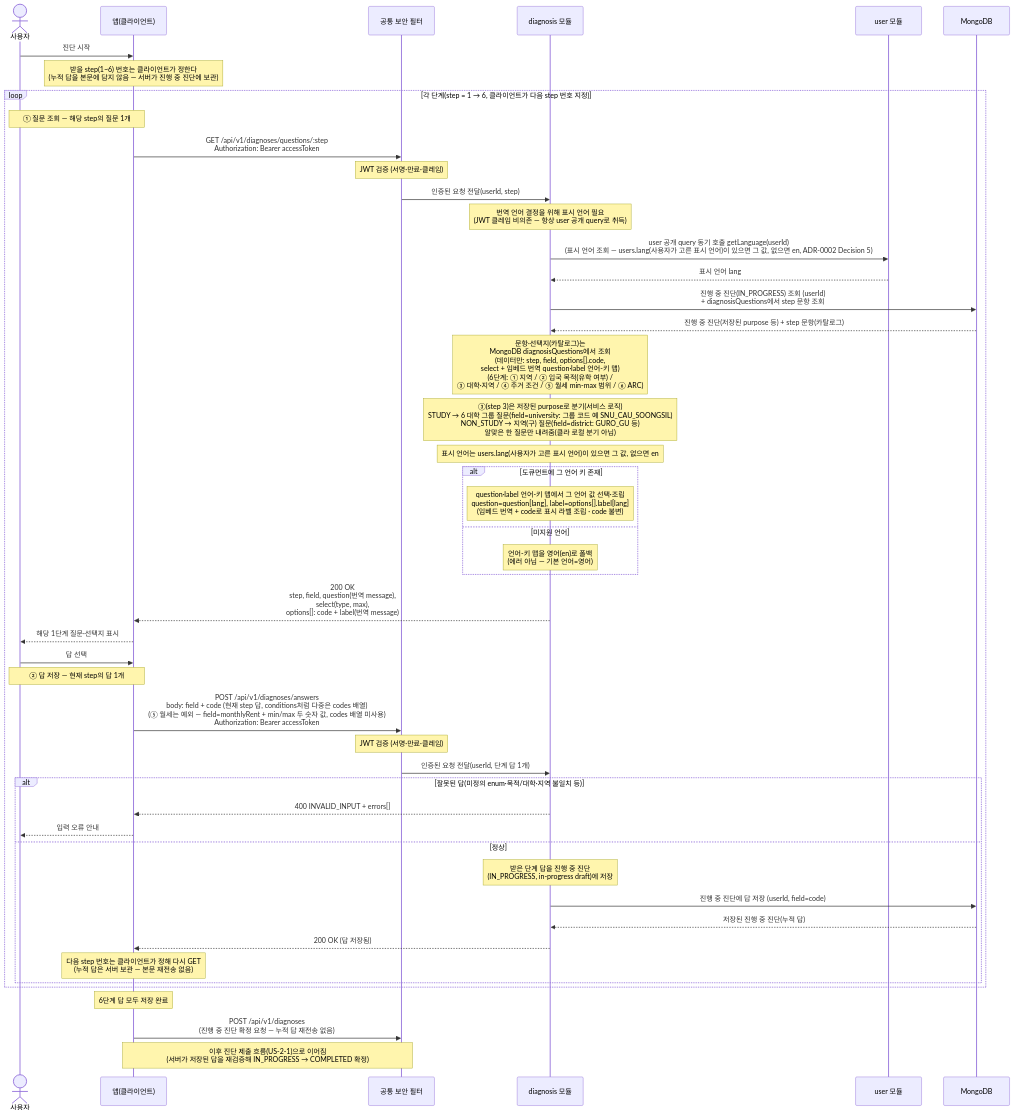
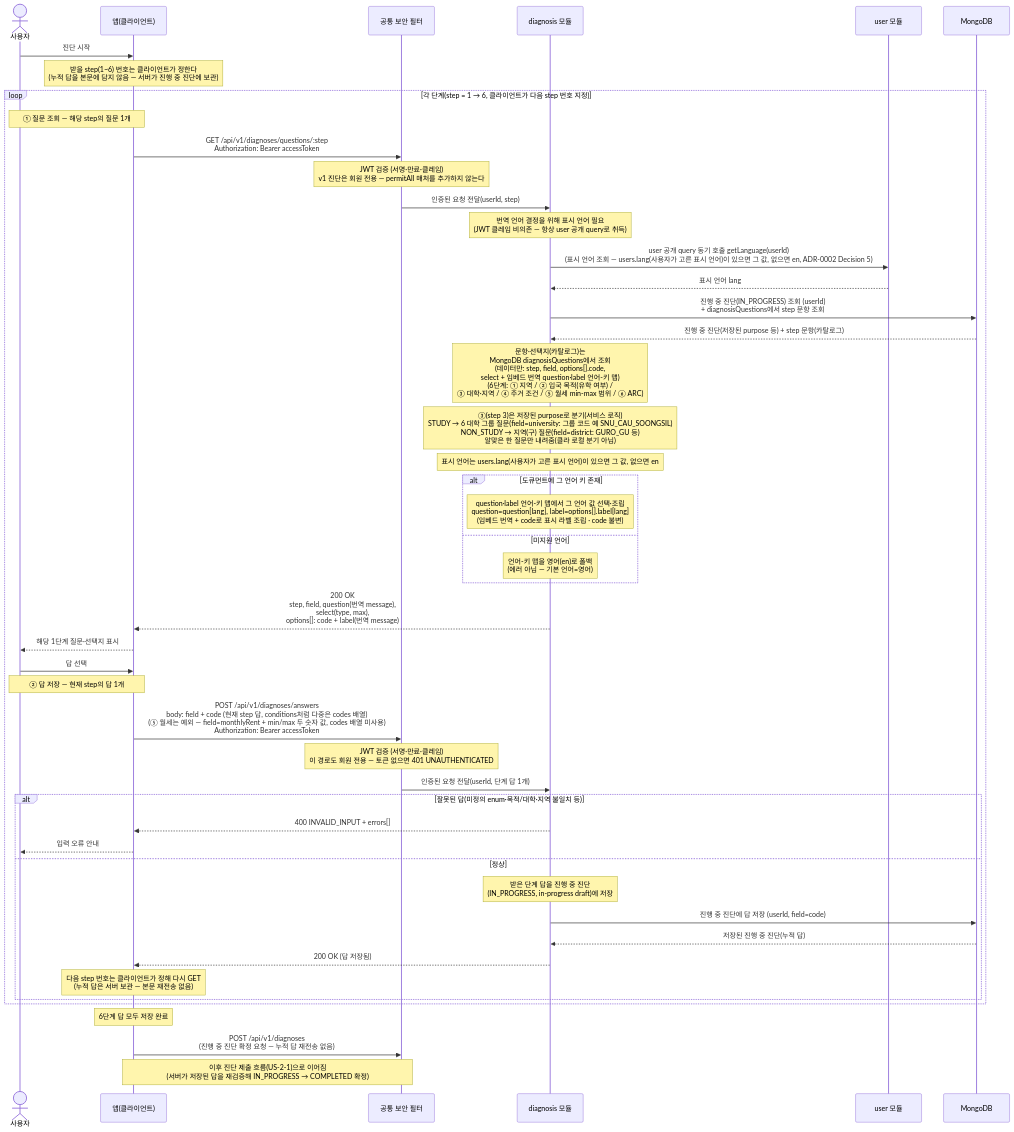
One commit to jameskim9509/Kohere-backend changed the diagram in docs/architecture/sequence-diagrams/02-diagnosis-recommendation/us-2-5-2-6-diagnosis-questions.md. Above: the diagram before and after it, drawn with Mermaid. The commit also changed other lines of this file and 22 other files, not shown here.

````diff
--- a/docs/architecture/sequence-diagrams/02-diagnosis-recommendation/us-2-5-2-6-diagnosis-questions.md
+++ b/docs/architecture/sequence-diagrams/02-diagnosis-recommendation/us-2-5-2-6-diagnosis-questions.md
@@ -5,54 +5,54 @@
 ```mermaid
 sequenceDiagram
     actor U as 사용자
     participant C as 앱(클라이언트)
     participant SEC as 공통 보안 필터
     participant DIAG as diagnosis 모듈
     participant USER as user 모듈
     participant DB as MongoDB
 
     U->>C: 진단 시작
     Note over C: 받을 step(1~6) 번호는 클라이언트가 정한다<br/>(누적 답을 본문에 담지 않음 — 서버가 진행 중 진단에 보관)
 
     loop 각 단계(step = 1 → 6, 클라이언트가 다음 step 번호 지정)
         Note over U,C: ① 질문 조회 — 해당 step의 질문 1개
         C->>SEC: GET /api/v1/diagnoses/questions/:step<br/>Authorization: Bearer accessToken
-        Note over SEC: JWT 검증 (서명·만료·클레임)
+        Note over SEC: JWT 검증 (서명·만료·클레임)<br/>v1 진단은 회원 전용 — permitAll 매처를 추가하지 않는다
         SEC->>DIAG: 인증된 요청 전달(userId, step)
         Note over DIAG: 번역 언어 결정을 위해 표시 언어 필요<br/>(JWT 클레임 비의존 — 항상 user 공개 query로 취득)
         DIAG->>USER: user 공개 query 동기 호출 getLanguage(userId)<br/>(표시 언어 조회 — users.lang(사용자가 고른 표시 언어)이 있으면 그 값, 없으면 en, ADR-0002 Decision 5)
         USER-->>DIAG: 표시 언어 lang
         DIAG->>DB: 진행 중 진단(IN_PROGRESS) 조회 (userId)<br/>+ diagnosisQuestions에서 step 문항 조회
         DB-->>DIAG: 진행 중 진단(저장된 purpose 등) + step 문항(카탈로그)
         Note over DIAG: 문항·선택지(카탈로그)는<br/>MongoDB diagnosisQuestions에서 조회<br/>(데이터만: step, field, options[].code,<br/>select + 임베드 번역 question·label 언어-키 맵)<br/>(6단계: ① 지역 / ② 입국 목적(유학 여부) /<br/>③ 대학·지역 / ④ 주거 조건 / ⑤ 월세 min-max 범위 / ⑥ ARC)
         Note over DIAG: ③(step 3)은 저장된 purpose로 분기(서비스 로직)<br/>STUDY → 6 대학 그룹 질문(field=university: 그룹 코드 예 SNU_CAU_SOONGSIL)<br/>NON_STUDY → 지역(구) 질문(field=district: GURO_GU 등)<br/>알맞은 한 질문만 내려줌(클라 로컬 분기 아님)
         Note over DIAG: 표시 언어는 users.lang(사용자가 고른 표시 언어)이 있으면 그 값, 없으면 en
         alt 도큐먼트에 그 언어 키 존재
             Note over DIAG: question·label 언어-키 맵에서 그 언어 값 선택·조립<br/>question=question[lang], label=options[].label[lang]<br/>(임베드 번역 + code로 표시 라벨 조립 · code 불변)
         else 미지원 언어
             Note over DIAG: 언어-키 맵을 영어(en)로 폴백<br/>(에러 아님 — 기본 언어=영어)
         end
         DIAG-->>C: 200 OK<br/>step, field, question(번역 message),<br/>select(type, max),<br/>options[]: code + label(번역 message)
         C-->>U: 해당 1단계 질문·선택지 표시
         U->>C: 답 선택
 
         Note over U,C: ② 답 저장 — 현재 step의 답 1개
         C->>SEC: POST /api/v1/diagnoses/answers<br/>body: field + code (현재 step 답, conditions처럼 다중은 codes 배열)<br/>(⑤ 월세는 예외 — field=monthlyRent + min/max 두 숫자 값, codes 배열 미사용)<br/>Authorization: Bearer accessToken
-        Note over SEC: JWT 검증 (서명·만료·클레임)
+        Note over SEC: JWT 검증 (서명·만료·클레임)<br/>이 경로도 회원 전용 — 토큰 없으면 401 UNAUTHENTICATED
         SEC->>DIAG: 인증된 요청 전달(userId, 단계 답 1개)
         alt 잘못된 답(미정의 enum·목적/대학·지역 불일치 등)
             DIAG-->>C: 400 INVALID_INPUT + errors[]
             C-->>U: 입력 오류 안내
         else 정상
             Note over DIAG: 받은 단계 답을 진행 중 진단<br/>(IN_PROGRESS, in-progress draft)에 저장
             DIAG->>DB: 진행 중 진단에 답 저장 (userId, field=code)
             DB-->>DIAG: 저장된 진행 중 진단(누적 답)
             DIAG-->>C: 200 OK (답 저장됨)
             Note over C: 다음 step 번호는 클라이언트가 정해 다시 GET<br/>(누적 답은 서버 보관 — 본문 재전송 없음)
         end
     end
 
     Note over C: 6단계 답 모두 저장 완료
     C->>SEC: POST /api/v1/diagnoses<br/>(진행 중 진단 확정 요청 — 누적 답 재전송 없음)
     Note over C,SEC: 이후 진단 제출 흐름(US-2-1)으로 이어짐<br/>(서버가 저장된 답을 재검증해 IN_PROGRESS → COMPLETED 확정)
 ```
````
